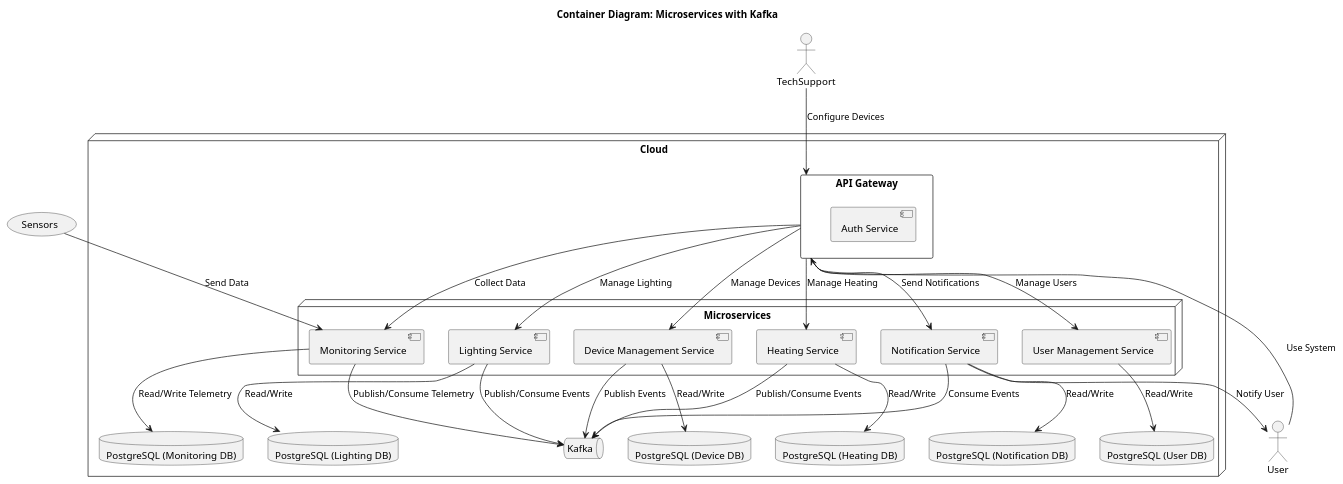
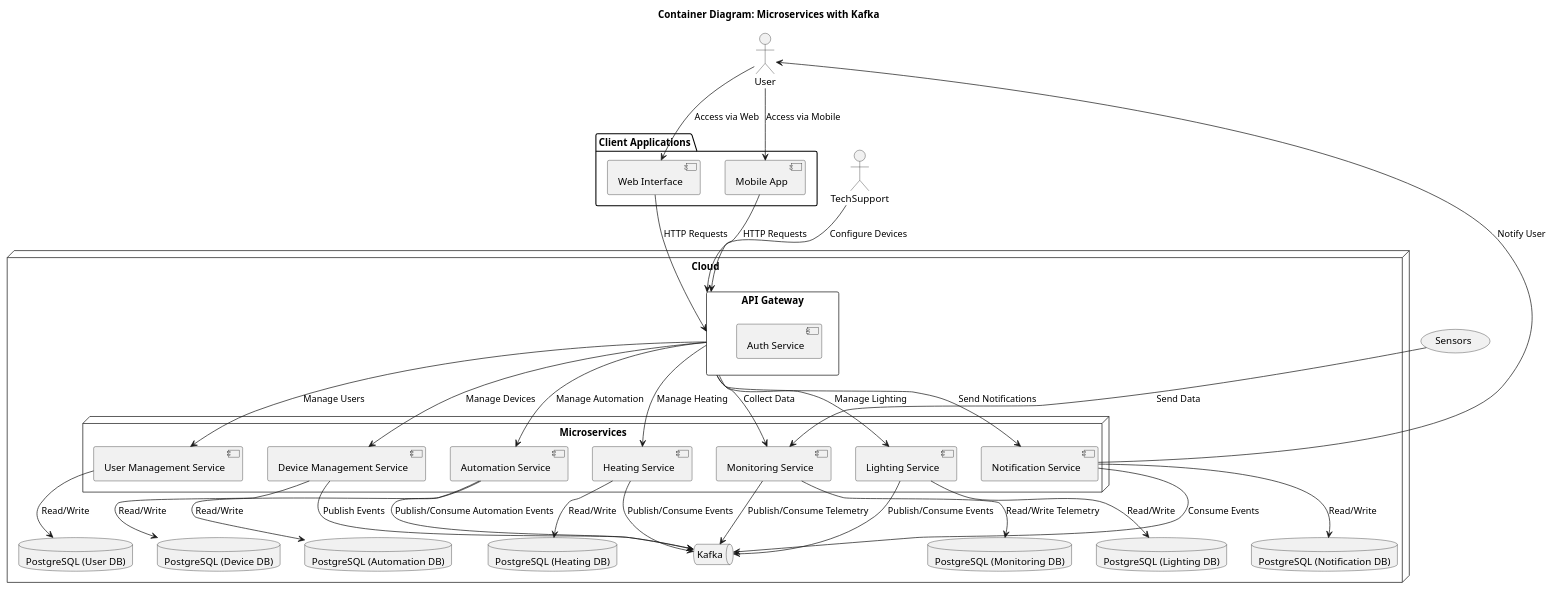
One commit to fireflysmk/architecture-sprint-3 changed the diagram in task-2_Container_diagram.puml. Above: the diagram before and after it, drawn with PlantUML. The commit also changed 3 other files, not shown here.

```diff
--- a/task-2_Container_diagram.puml
+++ b/task-2_Container_diagram.puml
@@ -1,54 +1,68 @@
 @startuml
 title Container Diagram: Microservices with Kafka
 
 actor "User" as User
 actor "TechSupport" as TechSupport
 
 node "Cloud" {
     rectangle "API Gateway" {
         [Auth Service]
     }
     node "Microservices" {
         [Device Management Service]
         [Heating Service]
         [Lighting Service]
         [Monitoring Service]
         [Notification Service]
         [User Management Service]
+        [Automation Service]
     }
     queue "Kafka" as Kafka
     database "PostgreSQL (Device DB)" as DeviceDB
     database "PostgreSQL (Heating DB)" as HeatingDB
     database "PostgreSQL (Lighting DB)" as LightingDB
     database "PostgreSQL (Monitoring DB)" as MonitoringDB
     database "PostgreSQL (Notification DB)" as NotificationDB
     database "PostgreSQL (User DB)" as UserDB
+    database "PostgreSQL (Automation DB)" as AutomationDB
 }
 
-User --> [API Gateway] : Use System
+package "Client Applications" {
+    [Web Interface]
+    [Mobile App]
+}
+
+User --> [Web Interface] : Access via Web
+User --> [Mobile App] : Access via Mobile
 TechSupport --> [API Gateway] : Configure Devices
+
+[Web Interface] --> [API Gateway] : HTTP Requests
+[Mobile App] --> [API Gateway] : HTTP Requests
 
 [API Gateway] --> [Device Management Service] : Manage Devices
 [API Gateway] --> [Heating Service] : Manage Heating
 [API Gateway] --> [Lighting Service] : Manage Lighting
 [API Gateway] --> [Monitoring Service] : Collect Data
 [API Gateway] --> [Notification Service] : Send Notifications
 [API Gateway] --> [User Management Service] : Manage Users
+[API Gateway] --> [Automation Service] : Manage Automation
 
 [Device Management Service] --> DeviceDB : Read/Write
 [Heating Service] --> HeatingDB : Read/Write
 [Lighting Service] --> LightingDB : Read/Write
 [Monitoring Service] --> MonitoringDB : Read/Write Telemetry
 [Notification Service] --> NotificationDB : Read/Write
 [User Management Service] --> UserDB : Read/Write
+[Automation Service] --> AutomationDB : Read/Write
 
 [Device Management Service] --> Kafka : Publish Events
 [Heating Service] --> Kafka : Publish/Consume Events
 [Lighting Service] --> Kafka : Publish/Consume Events
 [Monitoring Service] --> Kafka : Publish/Consume Telemetry
 [Notification Service] --> Kafka : Consume Events
+[Automation Service] --> Kafka : Publish/Consume Automation Events
 
 (Sensors) --> [Monitoring Service] : Send Data
 [Notification Service] --> User : Notify User
 
 @enduml
```
